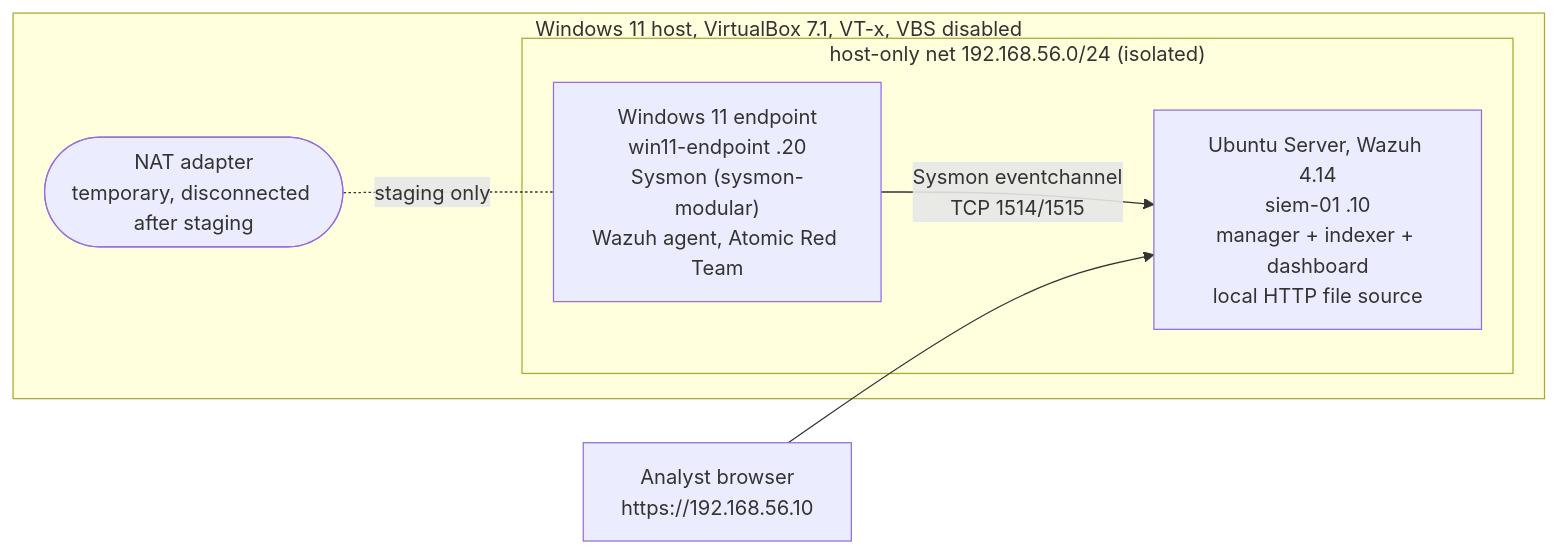
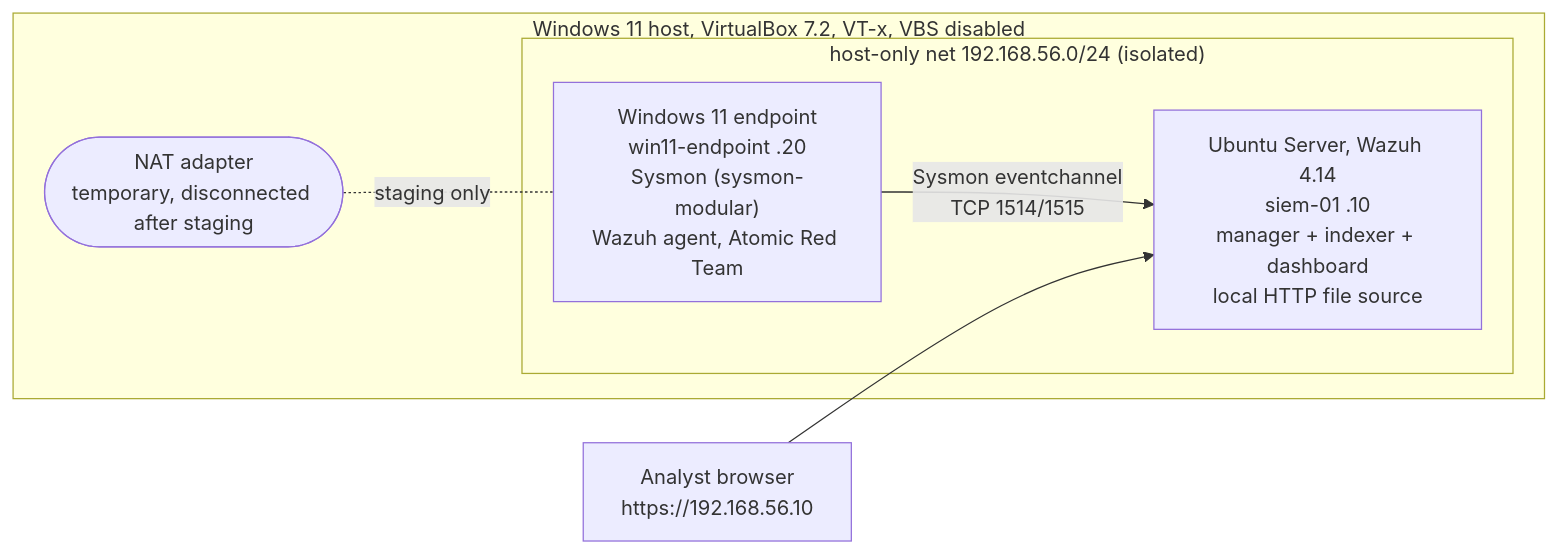
Before and after one commit to slaing21/detection-as-code-lab: the first of 2 diagrams in docs/design-spec.md, drawn with Mermaid. The commit also changed other lines of this file and 12 other files, not shown here.

````diff
--- a/docs/design-spec.md
+++ b/docs/design-spec.md
@@ -22,12 +22,12 @@
 ```mermaid
 flowchart LR
-    subgraph HOST["Windows 11 host, VirtualBox 7.1, VT-x, VBS disabled"]
+    subgraph HOST["Windows 11 host, VirtualBox 7.2, VT-x, VBS disabled"]
         subgraph HO["host-only net 192.168.56.0/24 (isolated)"]
             EP["Windows 11 endpoint<br/>win11-endpoint .20<br/>Sysmon (sysmon-modular)<br/>Wazuh agent, Atomic Red Team"]
             SIEM["Ubuntu Server, Wazuh 4.14<br/>siem-01 .10<br/>manager + indexer + dashboard<br/>local HTTP file source"]
         end
         NAT(["NAT adapter<br/>temporary, disconnected after staging"]) -. staging only .- EP
     end
     EP -- "Sysmon eventchannel<br/>TCP 1514/1515" --> SIEM
     Analyst["Analyst browser<br/>https://192.168.56.10"] --> SIEM
 ```
````
